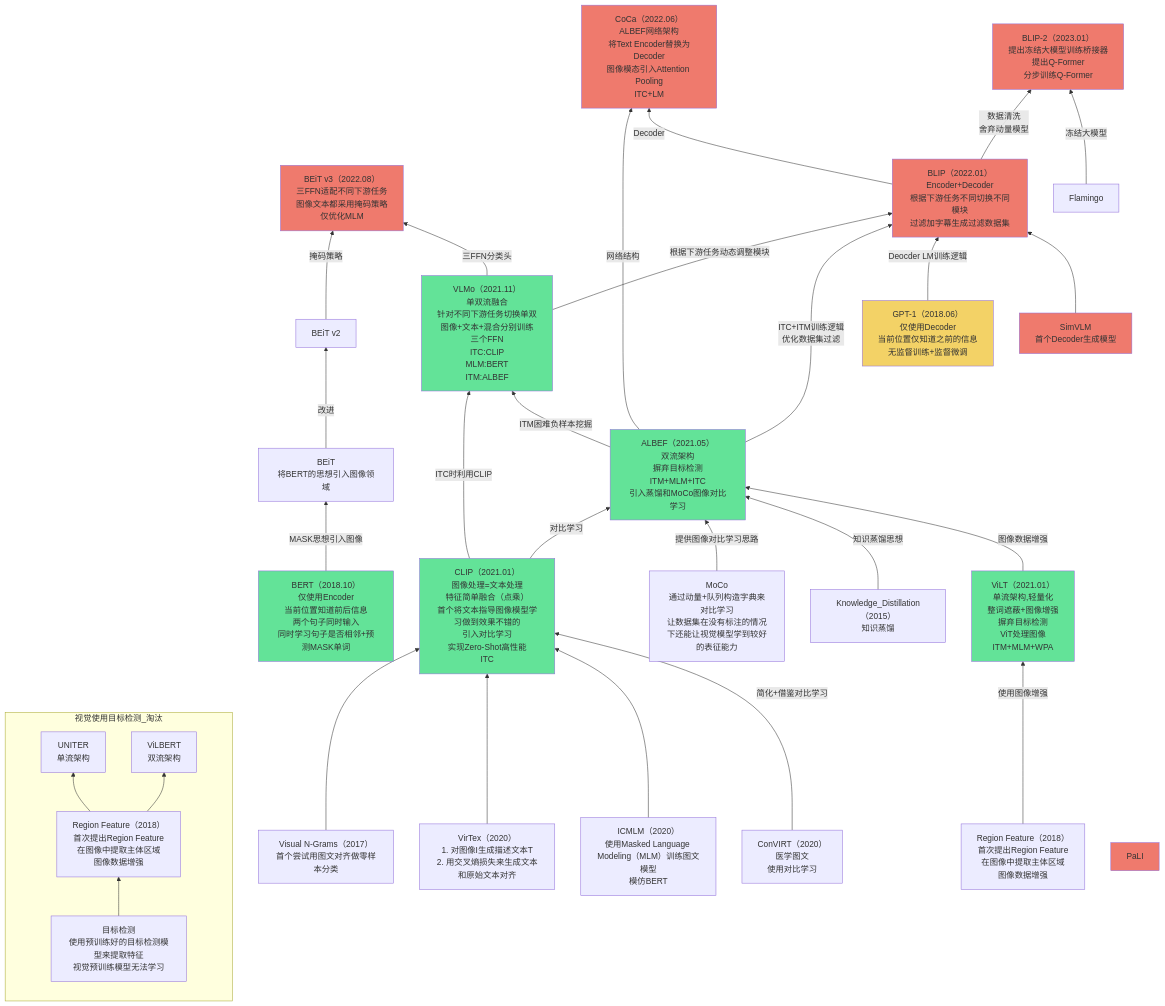
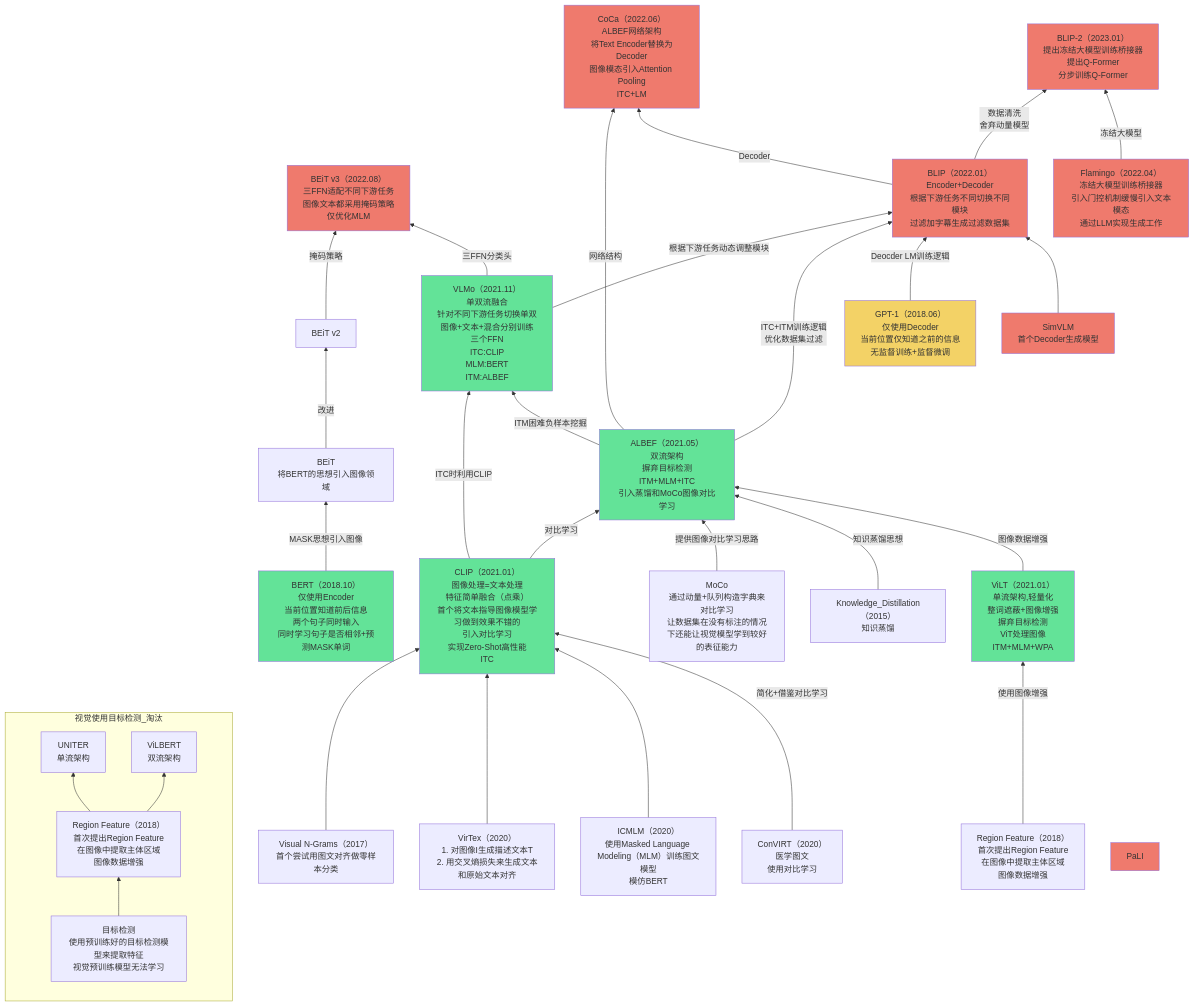
One commit to Elephant-King9/Paper changed the fourth of 6 diagrams in Base_Model/VLM+VLLM/analyse.md. Above: the diagram before and after it, drawn with Mermaid. The commit also changed other lines of this file and 5 other files, not shown here.

````diff
--- a/Base_Model/VLM+VLLM/analyse.md
+++ b/Base_Model/VLM+VLLM/analyse.md
@@ -103,73 +104,74 @@
 ```mermaid
 flowchart BT
 	subgraph 视觉使用目标检测_淘汰
 		direction BT
 		目标检测-->Region_Feature_1
     Region_Feature_1-->UNITER
     Region_Feature_1-->ViLBERT
 	end
 	Region_Feature-->|使用图像增强|ViLT
 	Visual_N-Grams-->CLIP
 	VirTex-->CLIP
 	ICMLM-->CLIP
 	ConVIRT-->|简化+借鉴对比学习|CLIP
 	CLIP-->|ITC时利用CLIP|VLMo
 	CLIP-->|对比学习|ALBEF
 	MoCo-->|提供图像对比学习思路|ALBEF
 	Knowledge_Distillation-->|知识蒸馏思想|ALBEF
 	ViLT-->|图像数据增强|ALBEF
 	ALBEF-->|ITM困难负样本挖掘|VLMo
 	BEiT_v2-->|掩码策略|BEiT_v3
 	VLMo-->|三FFN分类头|BEiT_v3
 	VLMo-->|根据下游任务动态调整模块|BLIP
 	ALBEF-->|ITC+ITM训练逻辑<br>优化数据集过滤|BLIP
 	GPT-1-->|Deocder LM训练逻辑|BLIP
 	SimVLM-->BLIP
 	ALBEF-->|网络结构|CoCa
 	BLIP-->|Decoder|CoCa
 	BLIP-->|数据清洗<br>舍弃动量模型|BLIP-2
 	Flamingo-->|冻结大模型|BLIP-2
 	BERT-->|MASK思想引入图像|BEiT
 	BEiT-->|改进|BEiT_v2
 	
 	
 
 	目标检测[目标检测<br>使用预训练好的目标检测模型来提取特征<br>视觉预训练模型无法学习]
 	ViLT[ViLT（2021.01）<br>单流架构,轻量化<br>整词遮蔽+图像增强<br>摒弃目标检测<br>ViT处理图像<br>ITM+MLM+WPA]
 		style ViLT fill:#63E398
 	CLIP[CLIP（2021.01）<br>图像处理=文本处理<br>特征简单融合（点乘）<br>首个将文本指导图像模型学习做到效果不错的<br>引入对比学习<br>实现Zero-Shot高性能<br>ITC]
 		style CLIP fill:#63E398
 	ALBEF[ALBEF（2021.05）<br>双流架构<br>摒弃目标检测<br>ITM+MLM+ITC<br>引入蒸馏和MoCo图像对比学习]
 		style ALBEF fill:#63E398
 	VLMo[VLMo（2021.11）<br>单双流融合<br>针对不同下游任务切换单双<br>图像+文本+混合分别训练<br>三个FFN<br>ITC:CLIP<br>MLM:BERT<br>ITM:ALBEF]
 		style VLMo fill:#63E398
 	BLIP[BLIP（2022.01）<br>Encoder+Decoder<br>根据下游任务不同切换不同模块<br>过滤加字幕生成过滤数据集]
 		style BLIP fill:#EF7A6D
 	CoCa[CoCa（2022.06）<br>ALBEF网络架构<br>将Text Encoder替换为Decoder<br>图像模态引入Attention Pooling<br>ITC+LM]
 		style CoCa fill:#EF7A6D
 	BEiT_v3[BEiT v3（2022.08）<br>三FFN适配不同下游任务<br>图像文本都采用掩码策略<br>仅优化MLM]
 		style BEiT_v3 fill:#EF7A6D
 	PaLI[PaLI]
 		style PaLI fill:#EF7A6D
 	VirTex[VirTex（2020）<br>1. 对图像I生成描述文本T<br>2. 用交叉熵损失来生成文本和原始文本对齐]
 	ICMLM[ICMLM（2020）<br>使用Masked Language Modeling（MLM）训练图文模型<br>模仿BERT]
 	ConVIRT[ConVIRT（2020）<br>医学图文<br>使用对比学习]
 	Visual_N-Grams[Visual N-Grams（2017）<br>首个尝试用图文对齐做零样本分类]
 	Region_Feature[Region Feature（2018）<br>首次提出Region Feature<br>在图像中提取主体区域<br>图像数据增强]
 	Region_Feature_1[Region Feature（2018）<br>首次提出Region Feature<br>在图像中提取主体区域<br>图像数据增强]
 	UNITER[UNITER<br>单流架构]
 	ViLBERT[ViLBERT<br>双流架构]
 	MoCo[MoCo<br>通过动量+队列构造字典来对比学习<br>让数据集在没有标注的情况下还能让视觉模型学到较好的表征能力]
 	Knowledge_Distillation[Knowledge_Distillation（2015）<br>知识蒸馏]
 	GPT-1[GPT-1（2018.06）<br>仅使用Decoder<br>当前位置仅知道之前的信息<br>无监督训练+监督微调]
 		style GPT-1 fill:#F3D266
 	SimVLM[SimVLM<br>首个Decoder生成模型]
 		style SimVLM fill:#EF7A6D
 	BEiT[BEiT<br>将BERT的思想引入图像领域]
 	BEiT_v2[BEiT v2]
 	BERT[BERT（2018.10）<br>仅使用Encoder<br>当前位置知道前后信息<br>两个句子同时输入<br>同时学习句子是否相邻+预测MASK单词]
 		style BERT fill:#63E398
 	BLIP-2[BLIP-2（2023.01）<br>提出冻结大模型训练桥接器<br>提出Q-Former<br>分步训练Q-Former]
 		style BLIP-2 fill:#EF7A6D
-	Flamingo[Flamingo]
+	Flamingo[Flamingo（2022.04）<br>冻结大模型训练桥接器<br>引入门控机制缓慢引入文本模态<br>通过LLM实现生成工作]
+		style Flamingo fill:#EF7A6D
 ```
````
